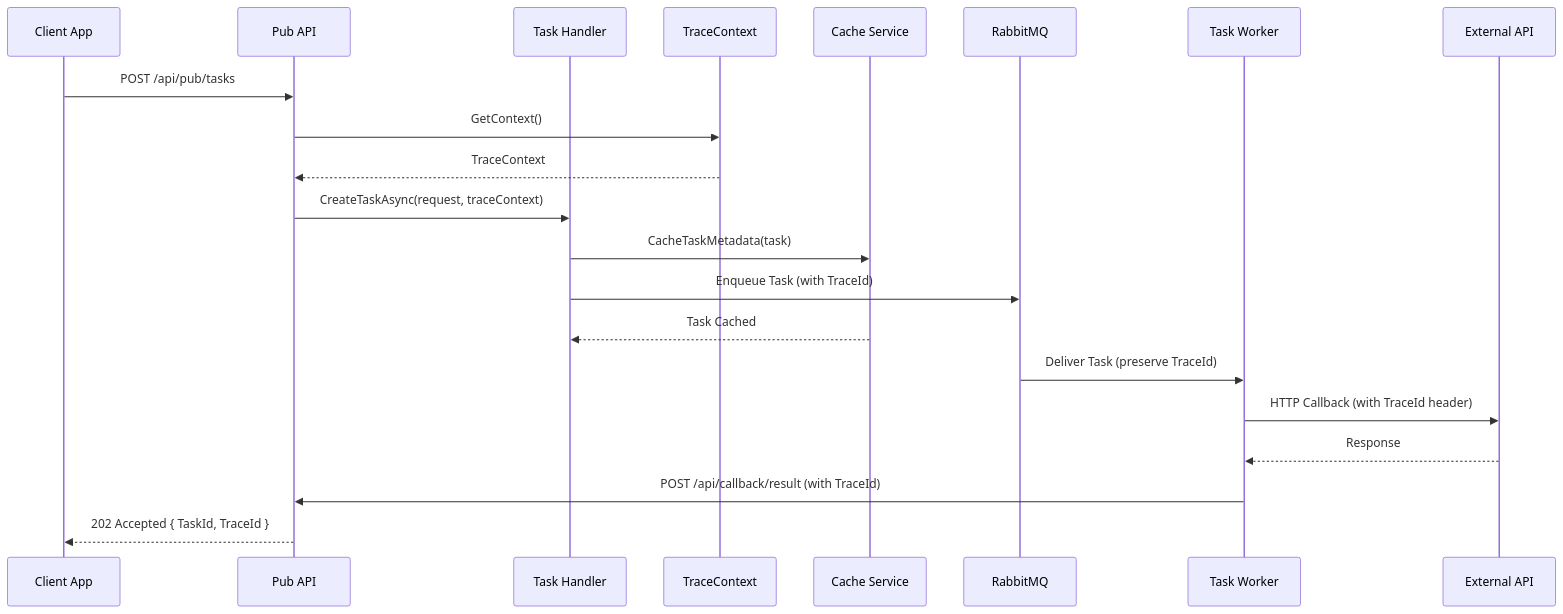
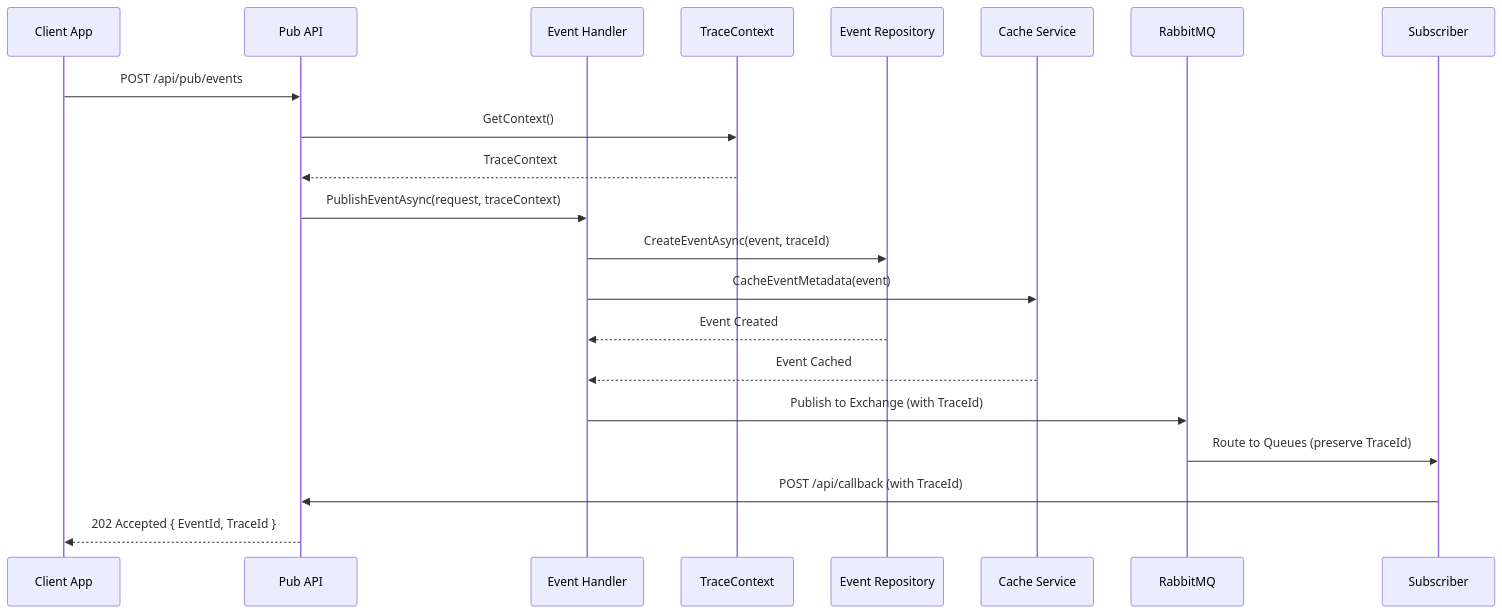
One commit to yaochangyu/eventbus-platform changed the fourth of 9 diagrams in .specs/design.md. Above: the diagram before and after it, drawn with Mermaid. The commit also changed other lines of this file and 4 other files, not shown here.

````diff
--- a/.specs/design.md
+++ b/.specs/design.md
@@ -289,24 +394,24 @@
 ```mermaid
 sequenceDiagram
     participant Client as Client App
     participant API as Pub API
-    participant Handler as Task Handler
+    participant Handler as Event Handler
     participant TraceCtx as TraceContext
+    participant Repo as Event Repository
     participant Cache as Cache Service
-    participant Broker as RabbitMQ
-    participant Worker as Task Worker
-    participant External as External API
+    participant Dispatcher as RabbitMQ
+    participant Sub as Subscriber
 
-    Client->>API: POST /api/pub/tasks
+    Client->>API: POST /api/pub/events
     API->>TraceCtx: GetContext()
     TraceCtx-->>API: TraceContext
-    API->>Handler: CreateTaskAsync(request, traceContext)
-    Handler->>Cache: CacheTaskMetadata(task)
-    Handler->>Broker: Enqueue Task (with TraceId)
-    Cache-->>Handler: Task Cached
-    Broker->>Worker: Deliver Task (preserve TraceId)
-    Worker->>External: HTTP Callback (with TraceId header)
-    External-->>Worker: Response
-    Worker->>API: POST /api/callback/result (with TraceId)
-    API-->>Client: 202 Accepted { TaskId, TraceId }
+    API->>Handler: PublishEventAsync(request, traceContext)
+    Handler->>Repo: CreateEventAsync(event, traceId)
+    Handler->>Cache: CacheEventMetadata(event)
+    Repo-->>Handler: Event Created
+    Cache-->>Handler: Event Cached
+    Handler->>Dispatcher: Publish to Exchange (with TraceId)
+    Dispatcher->>Sub: Route to Queues (preserve TraceId)
+    Sub->>API: POST /api/callback (with TraceId)
+    API-->>Client: 202 Accepted { EventId, TraceId }
 ```
````
